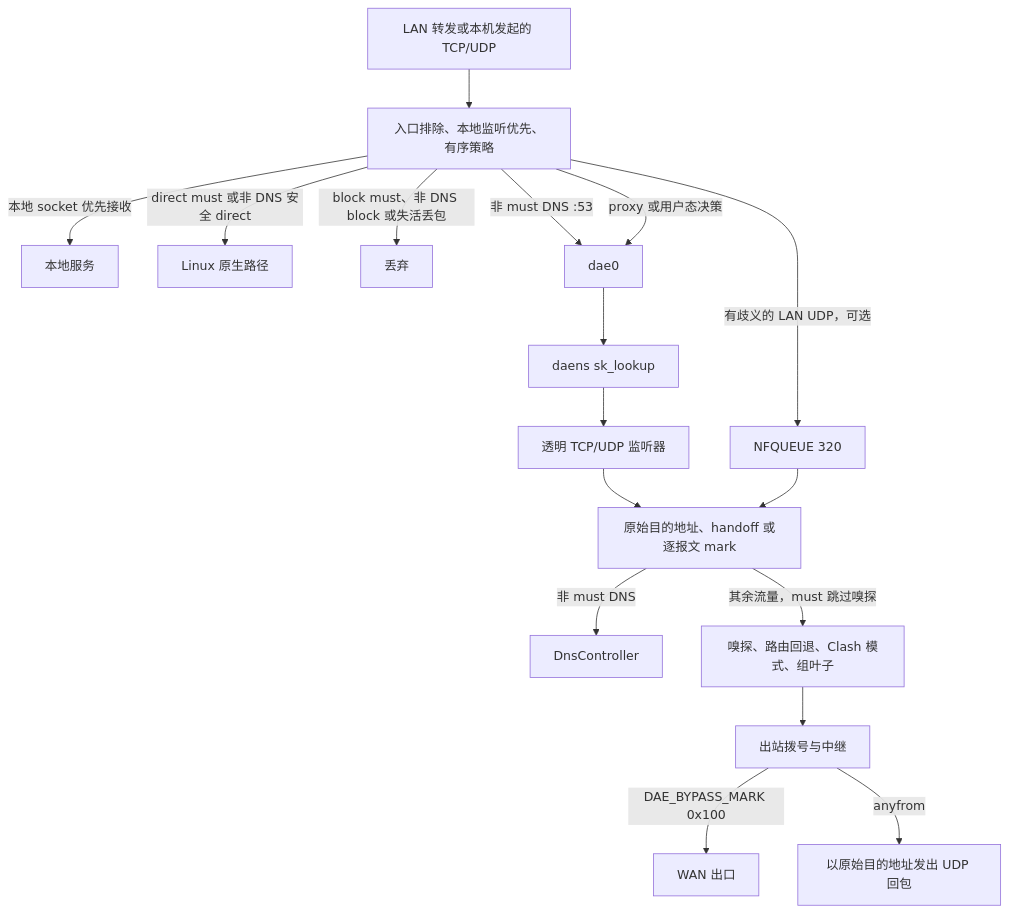
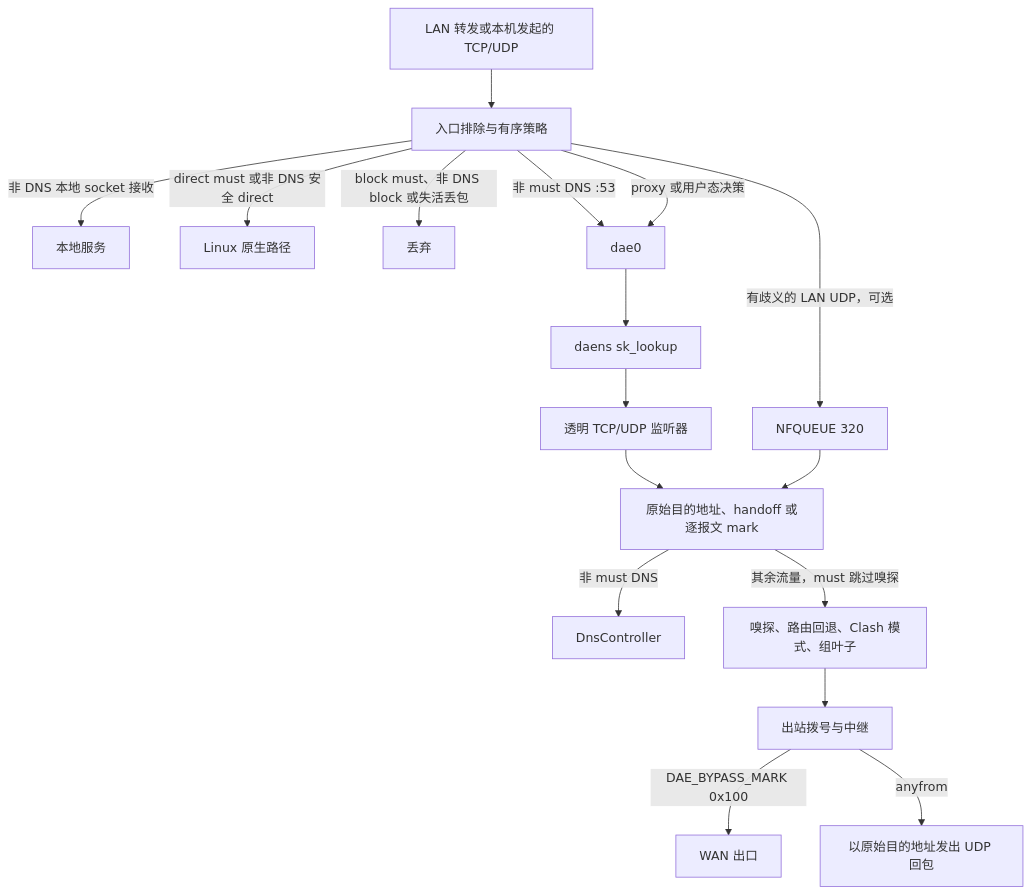
One commit to Glassyiris/honk changed the second of 2 diagrams in doc/zh/design/overview.md. Above: the diagram before and after it, drawn with Mermaid. The commit also changed other lines of this file and 50 other files, not shown here.

First line of the commit message:
fix(dns): route LAN DNS before local socket bypass (#256)

````diff
--- a/doc/zh/design/overview.md
+++ b/doc/zh/design/overview.md
@@ -73,19 +73,19 @@
 ```mermaid
 flowchart TB
-  PACKET[LAN 转发或本机发起的 TCP/UDP] --> TC[入口排除、本地监听优先、有序策略]
-  TC -->|本地 socket 优先接收| LOCAL[本地服务]
+  PACKET[LAN 转发或本机发起的 TCP/UDP] --> TC[入口排除与有序策略]
+  TC -->|非 DNS 本地 socket 接收| LOCAL[本地服务]
   TC -->|direct must 或非 DNS 安全 direct| NATIVE[Linux 原生路径]
   TC -->|block must、非 DNS block 或失活丢包| DROP[丢弃]
   TC -->|非 must DNS :53| DAE0[dae0]
   TC -->|proxy 或用户态决策| DAE0
   TC -->|有歧义的 LAN UDP，可选| NFQ[NFQUEUE 320]
   DAE0 --> SK[daens sk_lookup]
   SK --> LISTEN[透明 TCP/UDP 监听器]
   LISTEN --> CP[原始目的地址、handoff 或逐报文 mark]
   NFQ --> CP
   CP -->|非 must DNS| DNS[DnsController]
   CP -->|其余流量，must 跳过嗅探| DECIDE[嗅探、路由回退、Clash 模式、组叶子]
   DECIDE --> DIAL[出站拨号与中继]
   DIAL -->|DAE_BYPASS_MARK 0x100| WAN[WAN 出口]
   DIAL -->|anyfrom| REPLY[以原始目的地址发出 UDP 回包]
 ```
````
